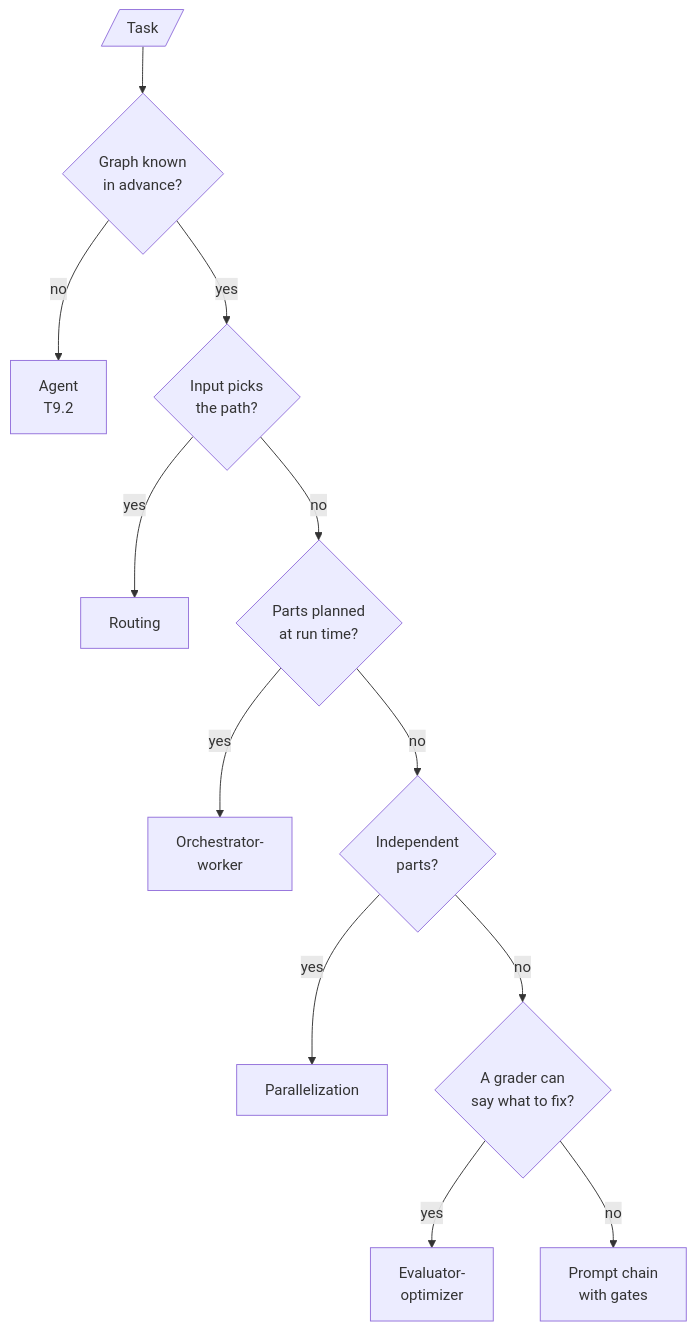
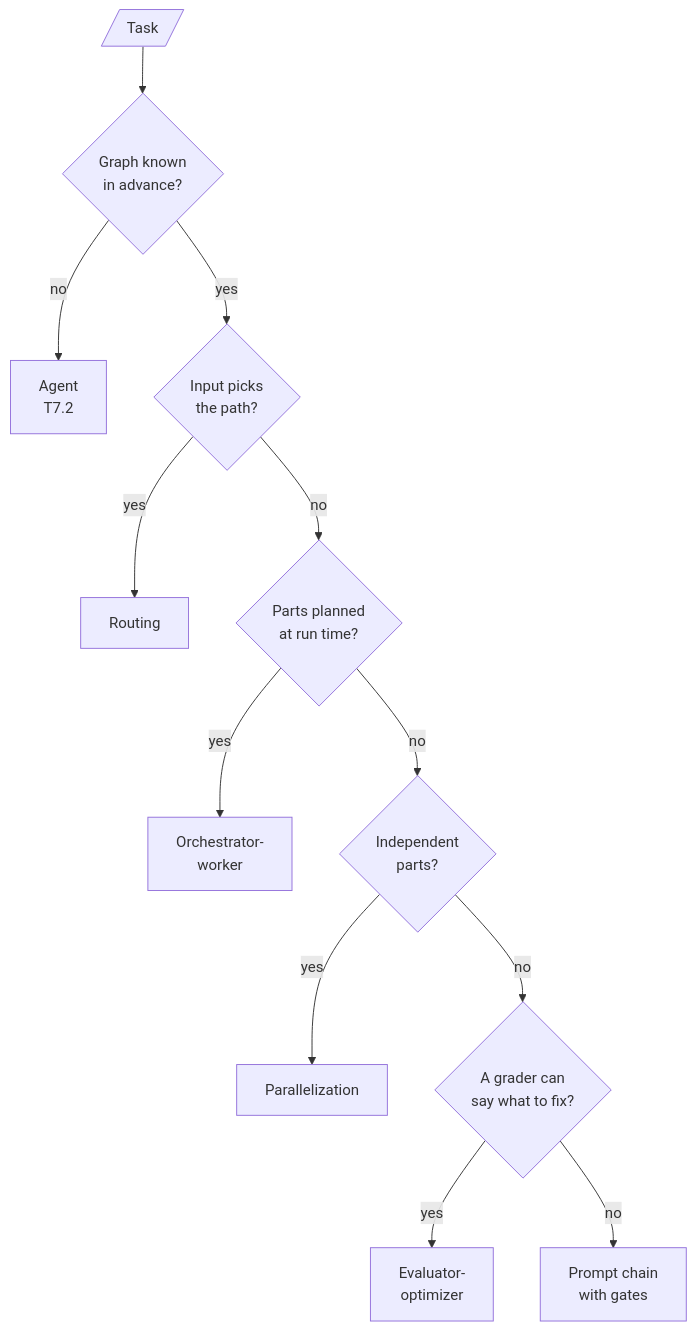
Before and after one commit to Sourav692/Forward-Deployed-Engineer-Interview-Prep: the diagram in site/content/learn/agentic-systems/agentic-workflow-patterns/agentic-workflow-patterns-overview.md, drawn with Mermaid. The commit also changed other lines of this file and 745 other files, not shown here.

````diff
--- a/site/content/learn/agentic-systems/agentic-workflow-patterns/agentic-workflow-patterns-overview.md
+++ b/site/content/learn/agentic-systems/agentic-workflow-patterns/agentic-workflow-patterns-overview.md
@@ -18,14 +18,14 @@
 ```mermaid
 flowchart TD
     T[/Task/] --> Q1{"Graph known<br/>in advance?"}
-    Q1 -- no --> AG["Agent<br/>T9.2"]
+    Q1 -- no --> AG["Agent<br/>T7.2"]
     Q1 -- yes --> Q2{"Input picks<br/>the path?"}
     Q2 -- yes --> RT[Routing]
     Q2 -- no --> Q3{"Parts planned<br/>at run time?"}
     Q3 -- yes --> OW["Orchestrator-<br/>worker"]
     Q3 -- no --> Q4{"Independent<br/>parts?"}
     Q4 -- yes --> PA[Parallelization]
     Q4 -- no --> Q5{"A grader can<br/>say what to fix?"}
     Q5 -- yes --> EO["Evaluator-<br/>optimizer"]
     Q5 -- no --> CH["Prompt chain<br/>with gates"]
 ```
````
